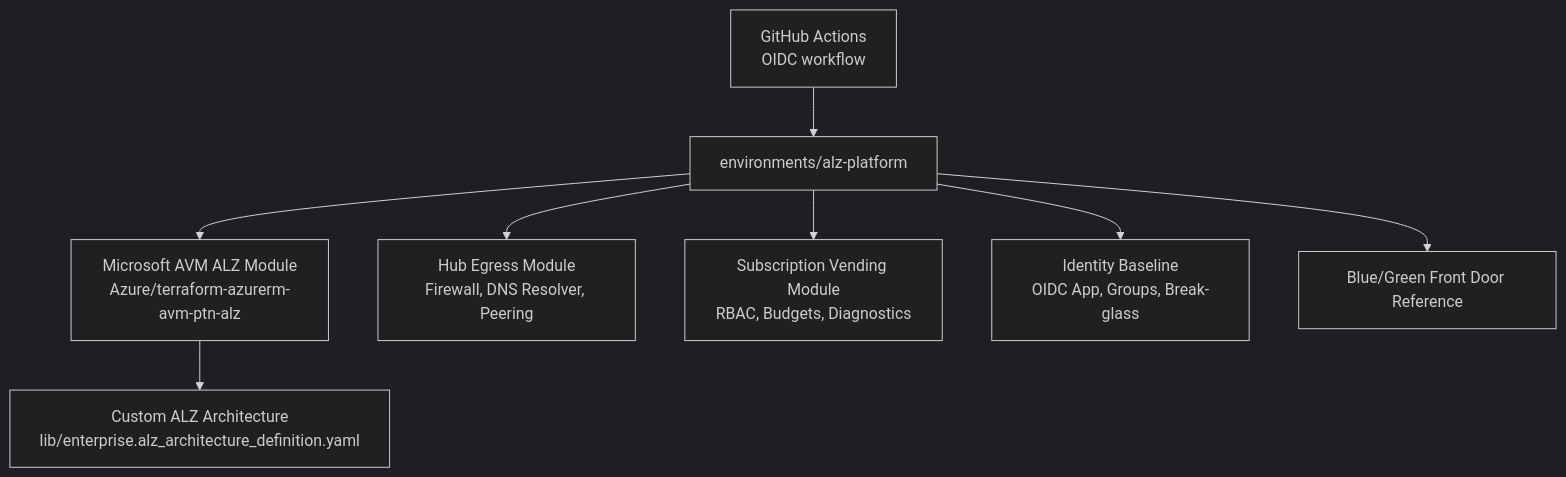
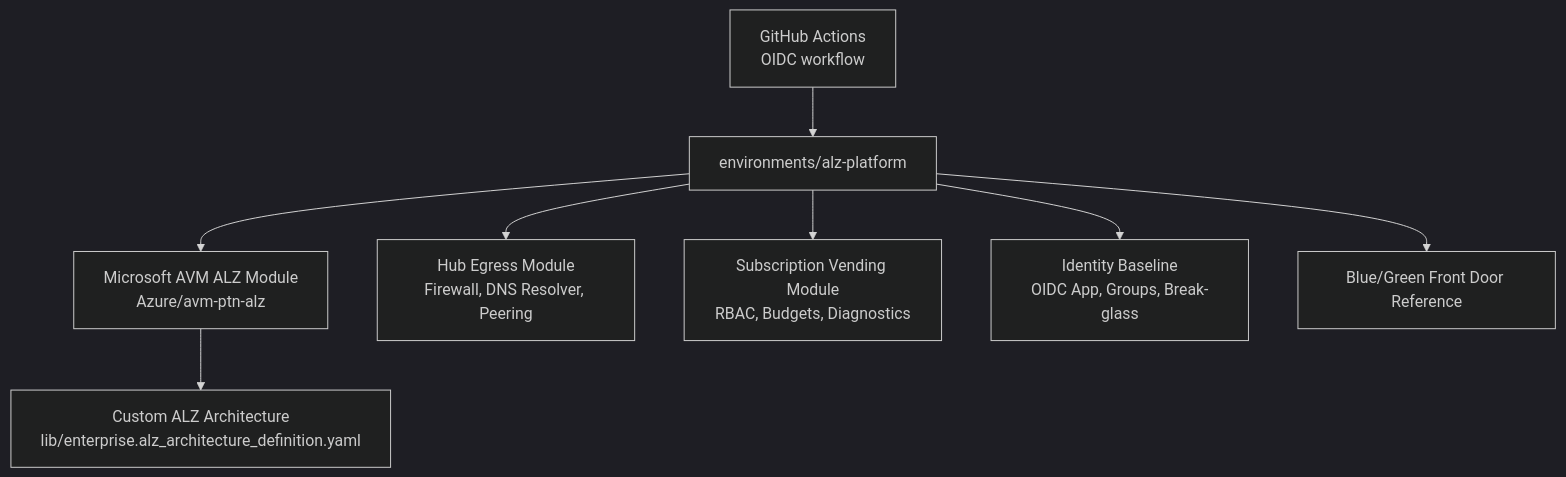
One commit to mehtanjitesh-sys/azure-alz-accelerator-lab changed the first of 5 diagrams in docs/REPO-REVIEW-RECOMMENDATIONS.md. Above: the diagram before and after it, drawn with Mermaid (dark theme). The commit also changed 2 other files, not shown here.

Commit message:
Fix ALZ module registry source

````diff
--- a/docs/REPO-REVIEW-RECOMMENDATIONS.md
+++ b/docs/REPO-REVIEW-RECOMMENDATIONS.md
@@ -21,19 +21,19 @@
 ```mermaid
 flowchart TB
   GH["GitHub Actions<br/>OIDC workflow"]
   Env["environments/alz-platform"]
-  ALZ["Microsoft AVM ALZ Module<br/>Azure/terraform-azurerm-avm-ptn-alz"]
+  ALZ["Microsoft AVM ALZ Module<br/>Azure/avm-ptn-alz"]
   Lib["Custom ALZ Architecture<br/>lib/enterprise.alz_architecture_definition.yaml"]
   Hub["Hub Egress Module<br/>Firewall, DNS Resolver, Peering"]
   Vend["Subscription Vending Module<br/>RBAC, Budgets, Diagnostics"]
   ID["Identity Baseline<br/>OIDC App, Groups, Break-glass"]
   BG["Blue/Green Front Door Reference"]
 
   GH --> Env
   Env --> ALZ
   Env --> Hub
   Env --> Vend
   Env --> ID
   Env --> BG
   ALZ --> Lib
 ```
````
